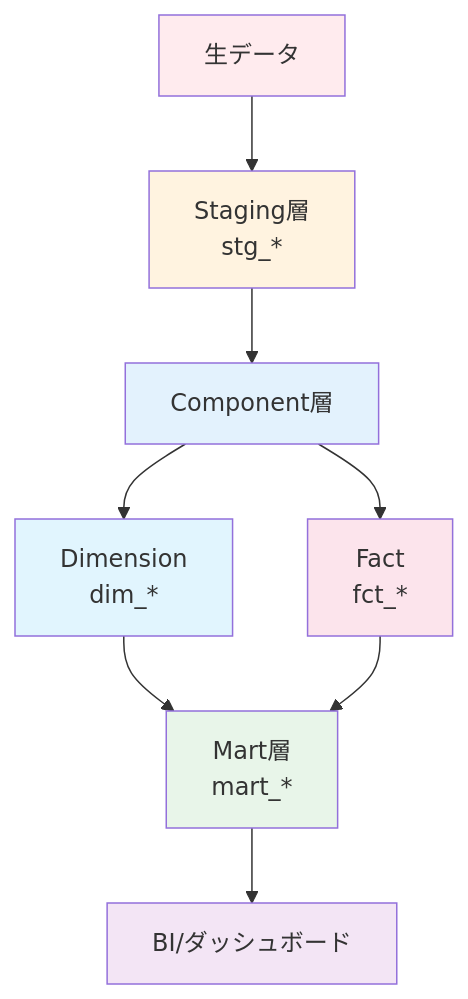
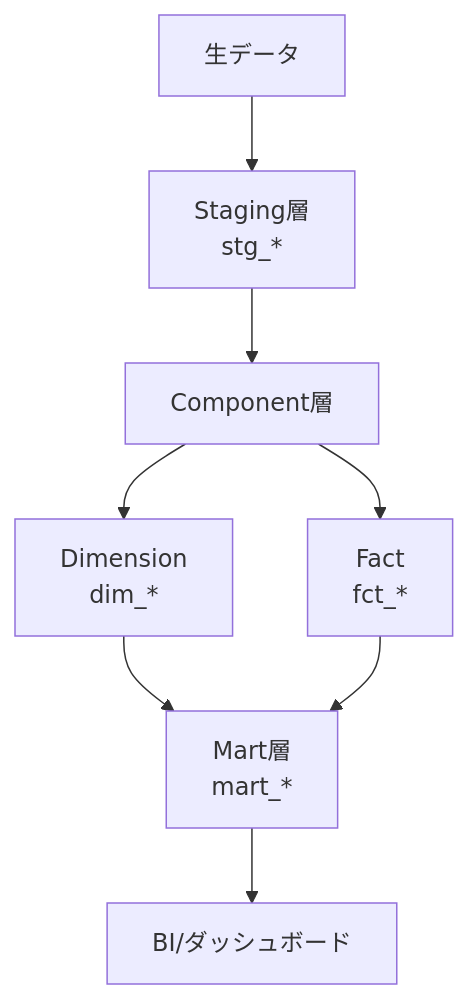
One commit to 1210yuichi0/1210yuichi0.github.io changed the first of 4 diagrams in content/Tech/dbt/tutorials/tutorial-02-dimensional.md. Above: the diagram before and after it, drawn with Mermaid. The commit also changed other lines of this file and 22 other files, not shown here.

First line of the commit message:
style: remove Mermaid style directives for dark mode compatibility

````diff
--- a/content/Tech/dbt/tutorials/tutorial-02-dimensional.md
+++ b/content/Tech/dbt/tutorials/tutorial-02-dimensional.md
@@ -50,18 +50,11 @@
 ```mermaid
 flowchart TD
     A[生データ] --> B[Staging層<br/>stg_*]
     B --> C[Component層]
     C --> D[Dimension<br/>dim_*]
     C --> E[Fact<br/>fct_*]
     D --> F[Mart層<br/>mart_*]
     E --> F
     F --> G[BI/ダッシュボード]
 
-    style A fill:#ffebee
-    style B fill:#fff3e0
-    style C fill:#e3f2fd
-    style D fill:#e1f5fe
-    style E fill:#fce4ec
-    style F fill:#e8f5e9
-    style G fill:#f3e5f5
 ```
````
